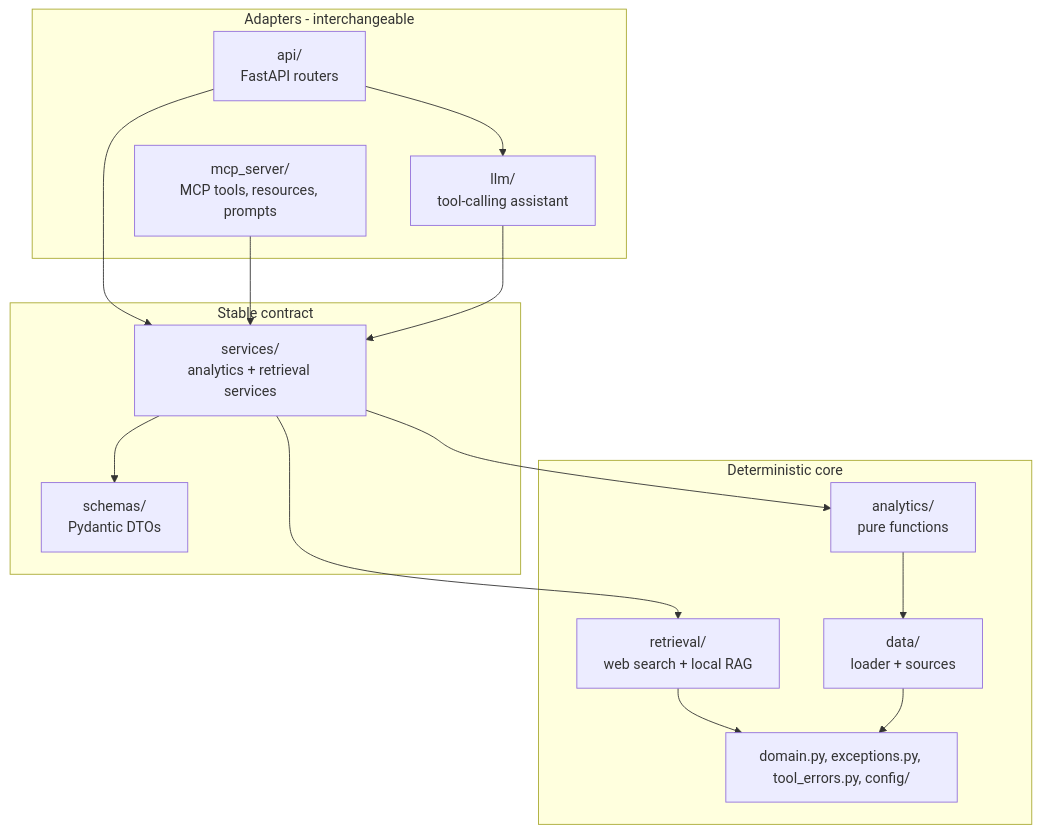
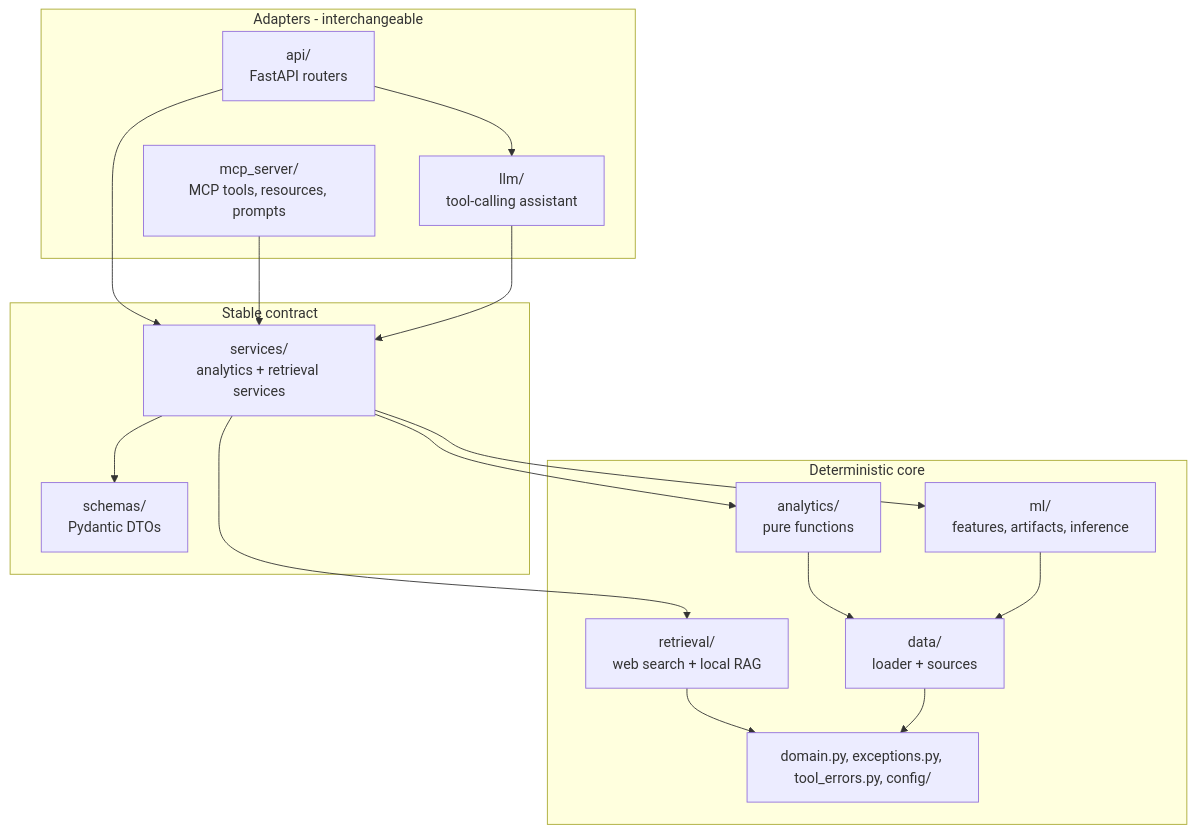
One commit to dcoelho045/NFL-Intelligence-Platform changed the first of 2 diagrams in docs/architecture.md. Above: the diagram before and after it, drawn with Mermaid. The commit also changed other lines of this file and 87 other files, not shown here.

````diff
--- a/docs/architecture.md
+++ b/docs/architecture.md
@@ -7,29 +7,32 @@
 ```mermaid
 graph TD
     subgraph adapters["Adapters - interchangeable"]
         API["api/<br/>FastAPI routers"]
         MCP["mcp_server/<br/>MCP tools, resources, prompts"]
         TOOLS["llm/<br/>tool-calling assistant"]
     end
     subgraph contract["Stable contract"]
         SCHEMAS["schemas/<br/>Pydantic DTOs"]
         SERVICES["services/<br/>analytics + retrieval services"]
     end
     subgraph core["Deterministic core"]
         ANALYTICS["analytics/<br/>pure functions"]
         RETRIEVAL["retrieval/<br/>web search + local RAG"]
+        ML["ml/<br/>features, artifacts, inference"]
         DATA["data/<br/>loader + sources"]
         DOMAIN["domain.py, exceptions.py, tool_errors.py, config/"]
     end
 
     API --> SERVICES
     API --> TOOLS
     MCP --> SERVICES
     TOOLS --> SERVICES
     SERVICES --> SCHEMAS
     SERVICES --> ANALYTICS
     SERVICES --> RETRIEVAL
+    SERVICES --> ML
     ANALYTICS --> DATA
     RETRIEVAL --> DOMAIN
+    ML --> DATA
     DATA --> DOMAIN
 ```
````
